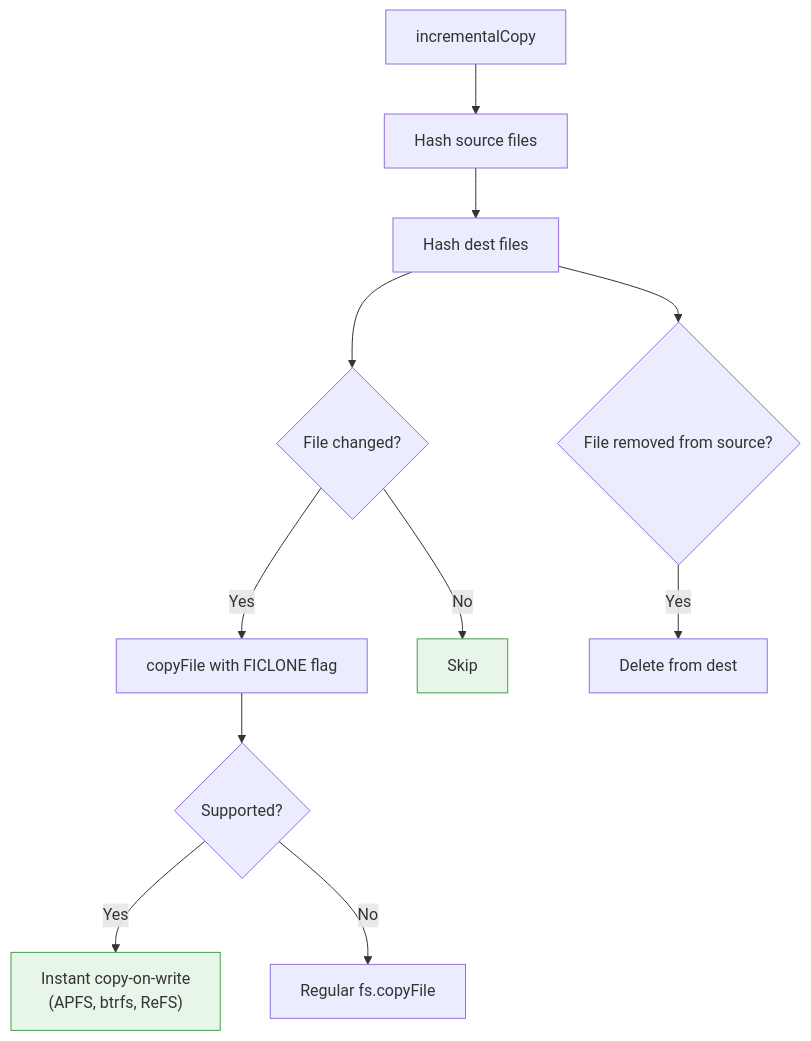
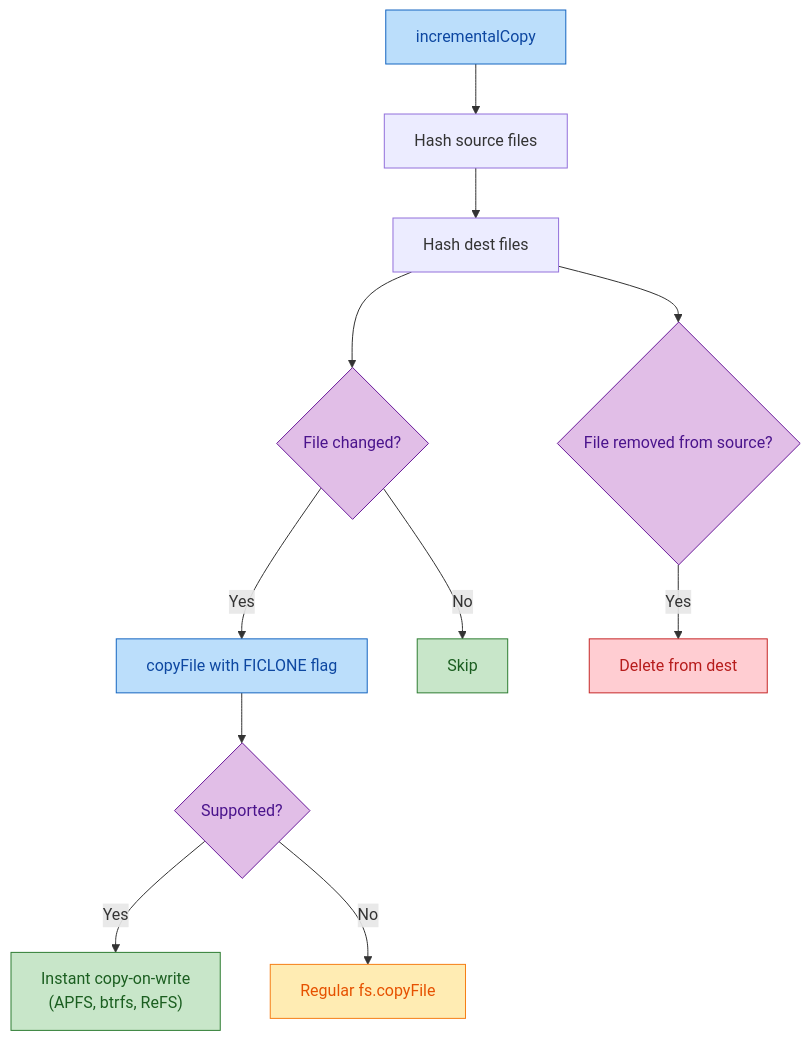
One commit to oleg-kuibar/plunk changed the fifth of 5 diagrams in docs/how-it-works.md. Above: the diagram before and after it, drawn with Mermaid. The commit also changed other lines of this file and 10 other files, not shown here.

First line of the commit message:
docs: theme-safe mermaid colors, tighten prose

````diff
--- a/docs/how-it-works.md
+++ b/docs/how-it-works.md
@@ -143,17 +155,24 @@
 ```mermaid
 flowchart TD
     A[copyFile with FICLONE flag] --> B{Supported?}
     B -- Yes --> C["Instant copy-on-write<br/>(APFS, btrfs, ReFS)"]
     B -- No --> D[Regular fs.copyFile]
 
     E[incrementalCopy] --> F[Hash source files]
     F --> G[Hash dest files]
     G --> H{File changed?}
     H -- Yes --> A
     H -- No --> I[Skip]
     G --> J{File removed from source?}
     J -- Yes --> K[Delete from dest]
 
-    style C fill:#e8f5e9,stroke:#43a047
-    style I fill:#e8f5e9,stroke:#43a047
+    style A fill:#bbdefb,stroke:#1565c0,color:#0d47a1
+    style B fill:#e1bee7,stroke:#6a1b9a,color:#4a148c
+    style C fill:#c8e6c9,stroke:#2e7d32,color:#1b5e20
+    style D fill:#ffecb3,stroke:#f57f17,color:#e65100
+    style E fill:#bbdefb,stroke:#1565c0,color:#0d47a1
+    style H fill:#e1bee7,stroke:#6a1b9a,color:#4a148c
+    style I fill:#c8e6c9,stroke:#2e7d32,color:#1b5e20
+    style J fill:#e1bee7,stroke:#6a1b9a,color:#4a148c
+    style K fill:#ffcdd2,stroke:#c62828,color:#b71c1c
 ```
````
